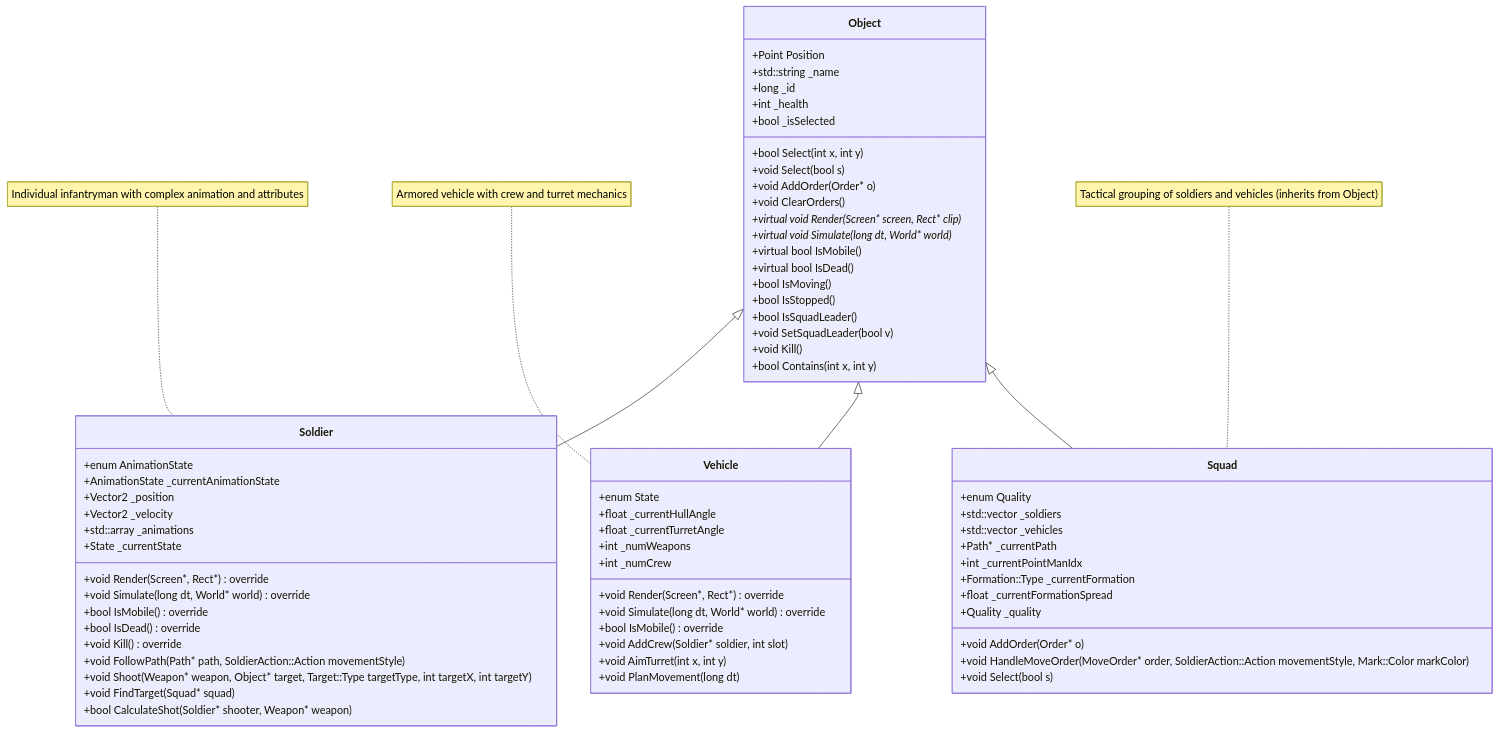
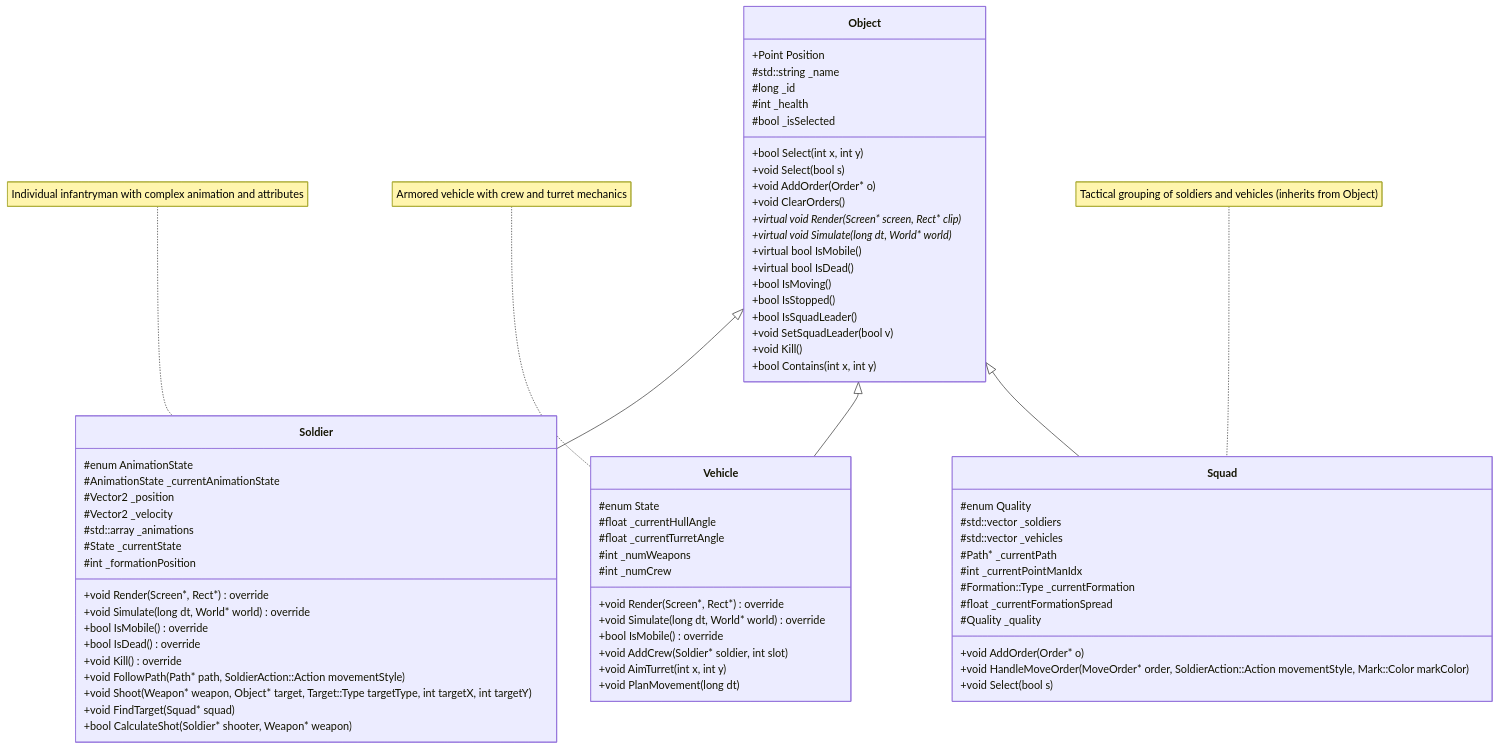
One commit to jukofyork/OpenCombat-SDL changed the first of 5 diagrams in docs/chapters/02-object-system.md. Above: the diagram before and after it, drawn with Mermaid. The commit also changed 11 other files, not shown here.

First line of the commit message:
Fix architecture documentation inconsistencies

````diff
--- a/docs/chapters/02-object-system.md
+++ b/docs/chapters/02-object-system.md
@@ -53,78 +53,79 @@
 ```mermaid
 classDiagram
     class Object {
         +Point Position
-        +std::string _name
-        +long _id
-        +int _health
-        +bool _isSelected
         +bool Select(int x, int y)
         +void Select(bool s)
         +void AddOrder(Order* o)
         +void ClearOrders()
         +virtual void Render(Screen* screen, Rect* clip)*
         +virtual void Simulate(long dt, World* world)*
         +virtual bool IsMobile()
         +virtual bool IsDead()
         +bool IsMoving()
         +bool IsStopped()
         +bool IsSquadLeader()
         +void SetSquadLeader(bool v)
         +void Kill()
         +bool Contains(int x, int y)
+        #std::string _name
+        #long _id
+        #int _health
+        #bool _isSelected
     }
     
     class Soldier {
-        +enum AnimationState
-        +AnimationState _currentAnimationState
-        +Vector2 _position
-        +Vector2 _velocity
-        +std::array<Animation*, NumStates> _animations
-        +State _currentState
         +void Render(Screen*, Rect*) override
         +void Simulate(long dt, World* world) override
         +bool IsMobile() override
         +bool IsDead() override
         +void Kill() override
         +void FollowPath(Path* path, SoldierAction::Action movementStyle)
         +void Shoot(Weapon* weapon, Object* target, Target::Type targetType, int targetX, int targetY)
         +void FindTarget(Squad* squad)
         +bool CalculateShot(Soldier* shooter, Weapon* weapon)
+        #enum AnimationState
+        #AnimationState _currentAnimationState
+        #Vector2 _position
+        #Vector2 _velocity
+        #std::array<Animation*, NumStates> _animations
+        #State _currentState
+        #int _formationPosition
     }
     
     class Vehicle {
-        +enum State
-        +float _currentHullAngle
-        +float _currentTurretAngle
-        +int _numWeapons
-        +int _numCrew
         +void Render(Screen*, Rect*) override
         +void Simulate(long dt, World* world) override
         +bool IsMobile() override
         +void AddCrew(Soldier* soldier, int slot)
         +void AimTurret(int x, int y)
         +void PlanMovement(long dt)
+        #enum State
+        #float _currentHullAngle
+        #float _currentTurretAngle
+        #int _numWeapons
+        #int _numCrew
     }
     
     class Squad {
-        +enum Quality
-        +std::vector<Soldier*> _soldiers
-        +std::vector<Vehicle*> _vehicles
-        +Path* _currentPath
-        +int _currentPointManIdx
-        +Formation::Type _currentFormation
-        +float _currentFormationSpread
-        +Quality _quality
         +void AddOrder(Order* o)
         +void HandleMoveOrder(MoveOrder* order, SoldierAction::Action movementStyle, Mark::Color markColor)
         +void Select(bool s)
+        #enum Quality
+        #std::vector<Soldier*> _soldiers
+        #std::vector<Vehicle*> _vehicles
+        #Path* _currentPath
+        #int _currentPointManIdx
+        #Formation::Type _currentFormation
+        #float _currentFormationSpread
+        #Quality _quality
     }
     
     Object <|-- Soldier
     Object <|-- Vehicle
     Object <|-- Squad
     
     note for Soldier "Individual infantryman with complex animation and attributes"
     note for Vehicle "Armored vehicle with crew and turret mechanics"
     note for Squad "Tactical grouping of soldiers and vehicles (inherits from Object)"
 ```
````
